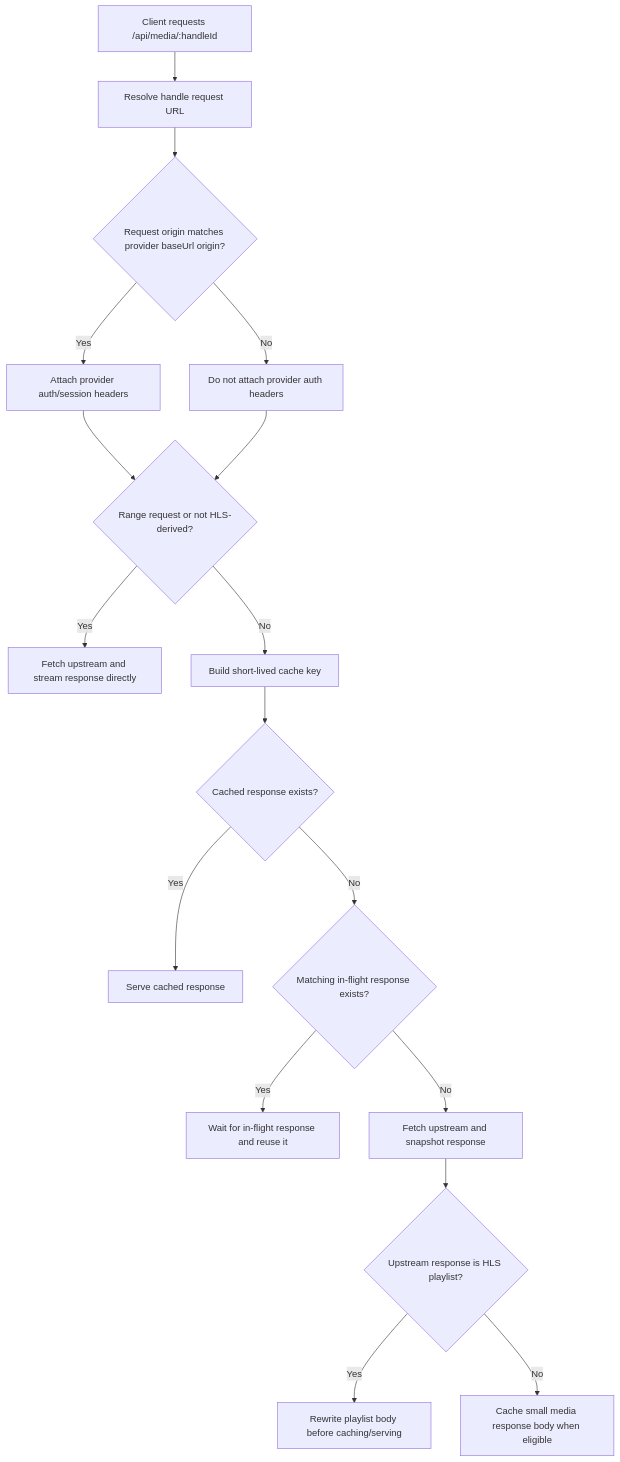
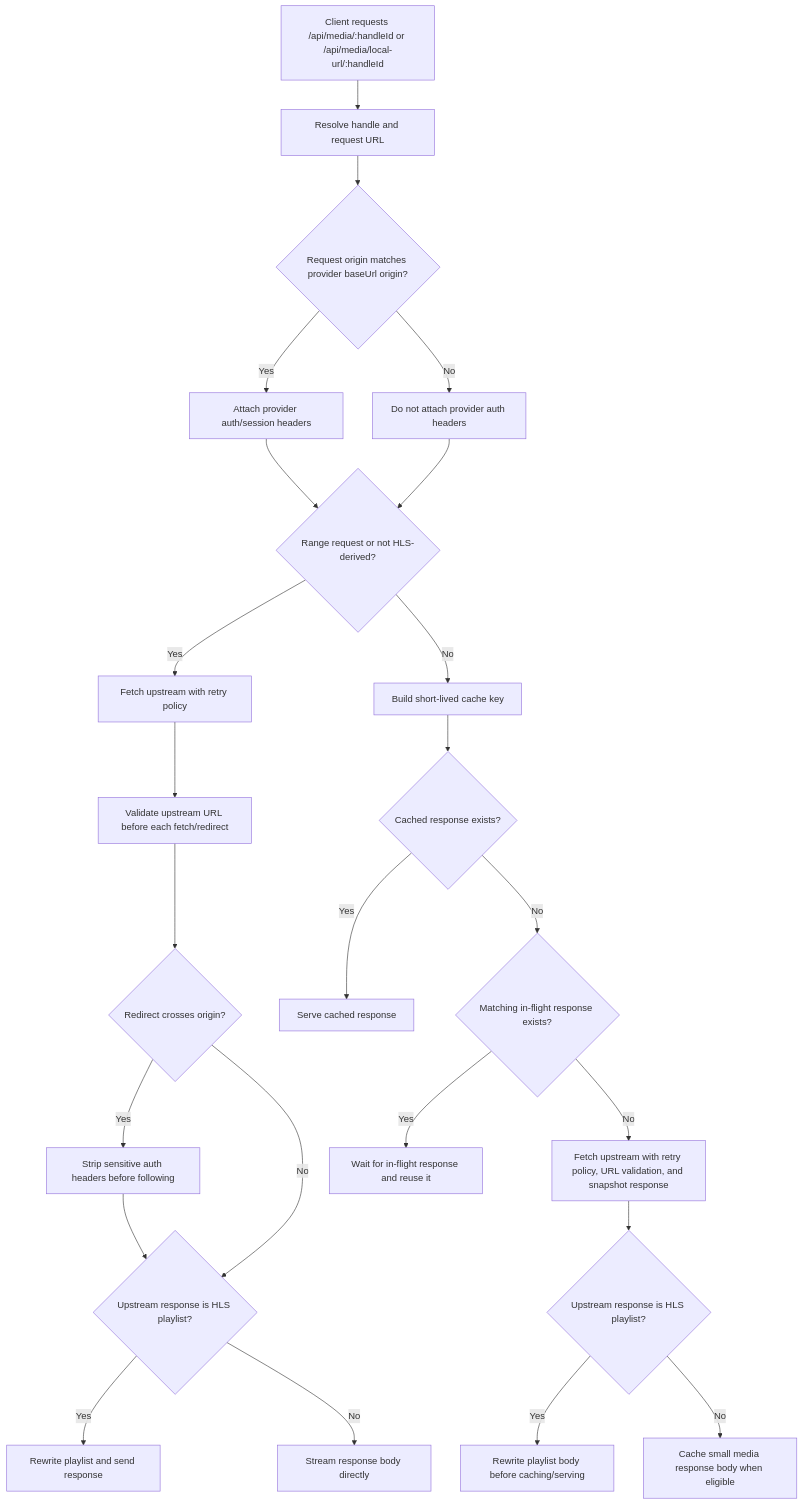
One commit to TechSquidTV/Cliparr changed diagram 11 of 13 in DIAGRAMS.md. Above: the diagram before and after it, drawn with Mermaid. The commit also changed other lines of this file, not shown here.

First line of the commit message:
docs(cliparr): update workflow diagrams (#106)

````diff
--- a/DIAGRAMS.md
+++ b/DIAGRAMS.md
@@ -216,21 +282,28 @@
 ```mermaid
 flowchart TD
-    A["Client requests /api/media/:handleId"] --> B["Resolve handle request URL"]
+    A["Client requests /api/media/:handleId or /api/media/local-url/:handleId"] --> B["Resolve handle and request URL"]
     B --> C{"Request origin matches provider baseUrl origin?"}
     C -- "Yes" --> D["Attach provider auth/session headers"]
     C -- "No" --> E["Do not attach provider auth headers"]
 
     D --> F{"Range request or not HLS-derived?"}
     E --> F
 
-    F -- "Yes" --> G["Fetch upstream and stream response directly"]
+    F -- "Yes" --> G["Fetch upstream with retry policy"]
+    G --> G0["Validate upstream URL before each fetch/redirect"]
+    G0 --> G4{"Redirect crosses origin?"}
+    G4 -- "Yes" --> G5["Strip sensitive auth headers before following"]
+    G4 -- "No" --> G1{"Upstream response is HLS playlist?"}
+    G5 --> G1
+    G1 -- "Yes" --> G2["Rewrite playlist and send response"]
+    G1 -- "No" --> G3["Stream response body directly"]
     F -- "No" --> H["Build short-lived cache key"]
     H --> I{"Cached response exists?"}
     I -- "Yes" --> J["Serve cached response"]
     I -- "No" --> K{"Matching in-flight response exists?"}
     K -- "Yes" --> L["Wait for in-flight response and reuse it"]
-    K -- "No" --> M["Fetch upstream and snapshot response"]
+    K -- "No" --> M["Fetch upstream with retry policy, URL validation, and snapshot response"]
     M --> N{"Upstream response is HLS playlist?"}
     N -- "Yes" --> O["Rewrite playlist body before caching/serving"]
     N -- "No" --> P["Cache small media response body when eligible"]
 ```
````
